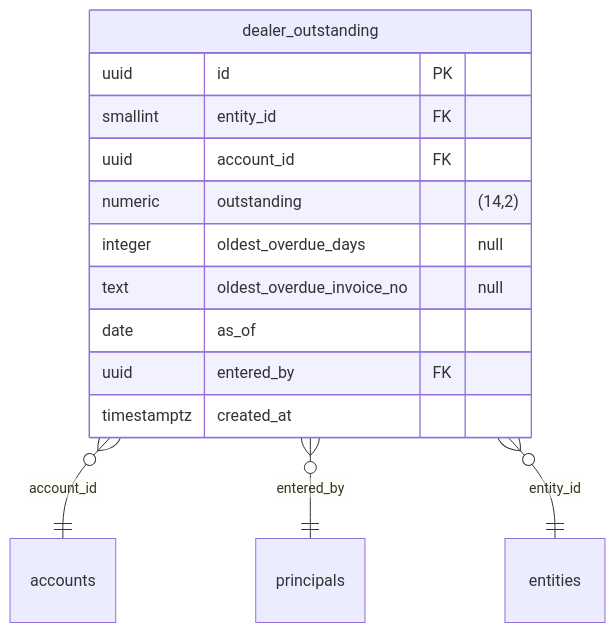
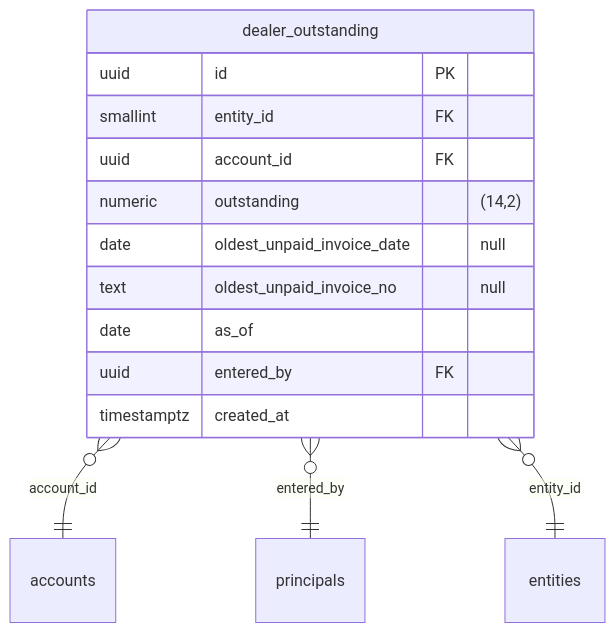
The seventh of 17 diagrams in docs/data/erd.md (techaust/shakti_prime), drawn with Mermaid before and after one commit. The commit also changed 33 other files, not shown here.

````diff
--- a/docs/data/erd.md
+++ b/docs/data/erd.md
@@ -915,17 +915,17 @@
 ```mermaid
 erDiagram
   dealer_outstanding {
     uuid id PK
     smallint entity_id FK
     uuid account_id FK
     numeric outstanding "(14,2)"
-    integer oldest_overdue_days "null"
-    text oldest_overdue_invoice_no "null"
+    date oldest_unpaid_invoice_date "null"
+    text oldest_unpaid_invoice_no "null"
     date as_of
     uuid entered_by FK
     timestamptz created_at
   }
   dealer_outstanding }o--|| accounts : "account_id"
   dealer_outstanding }o--|| principals : "entered_by"
   dealer_outstanding }o--|| entities : "entity_id"
 ```
````
